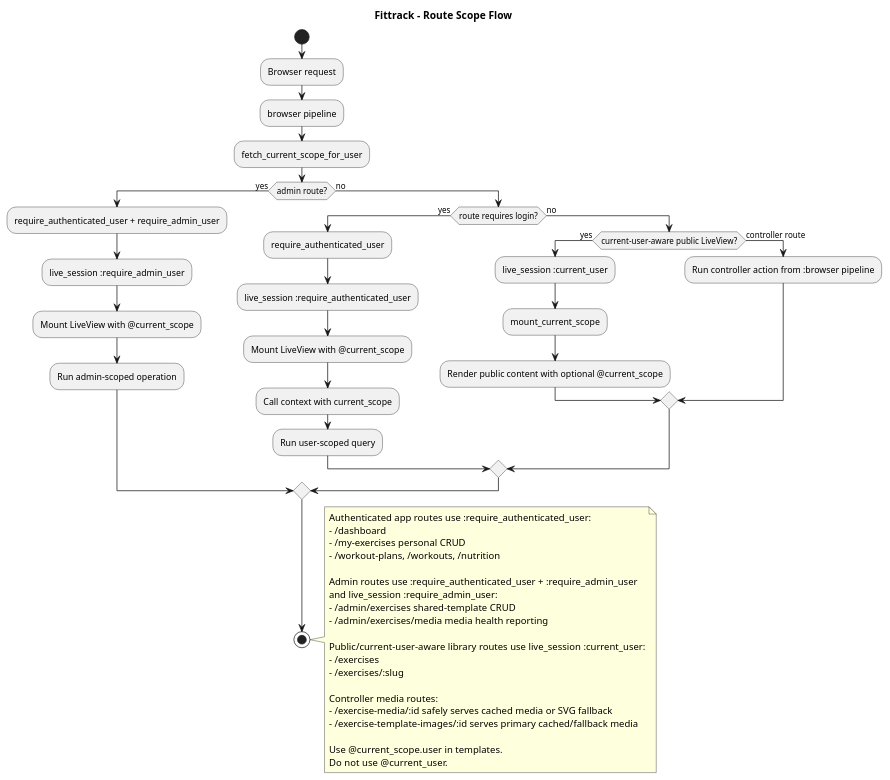
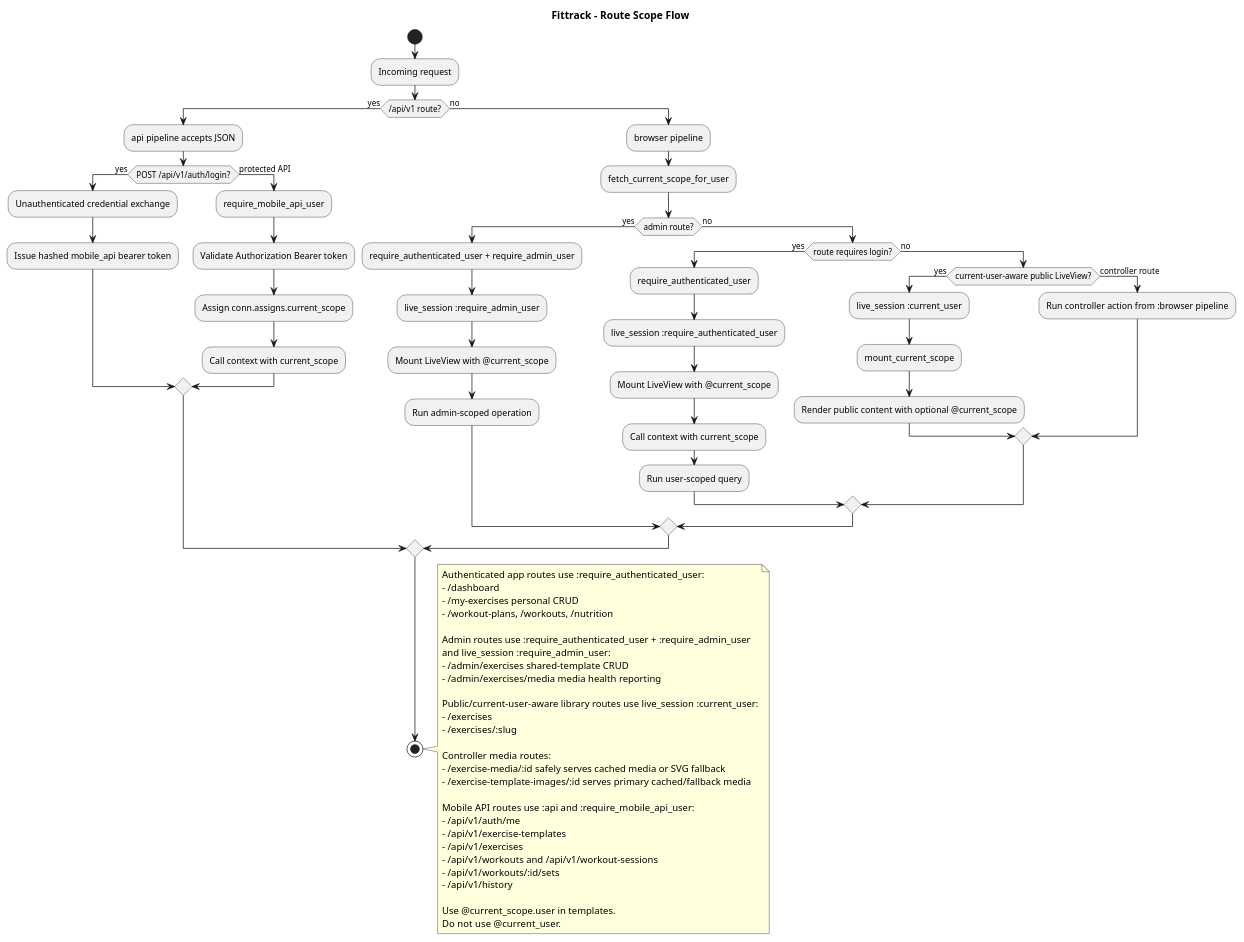
One commit to Ryner88/fittrack changed the third of 11 diagrams in docs/diagrams/ARCHITECTURE.puml. Above: the diagram before and after it, drawn with PlantUML. The commit also changed other lines of this file and 11 other files, not shown here.

Commit message:
Update mobile roadmap and architecture diagrams

```diff
--- a/docs/diagrams/ARCHITECTURE.puml
+++ b/docs/diagrams/ARCHITECTURE.puml
@@ -174,57 +218,79 @@
 @startuml Fittrack_Authenticated_Routing
 title Fittrack - Route Scope Flow
 
 skinparam shadowing false
 
 start
-:Browser request;
-:browser pipeline;
-:fetch_current_scope_for_user;
+:Incoming request;
 
-if (admin route?) then (yes)
-  :require_authenticated_user + require_admin_user;
-  :live_session :require_admin_user;
-  :Mount LiveView with @current_scope;
-  :Run admin-scoped operation;
+if (/api/v1 route?) then (yes)
+  :api pipeline accepts JSON;
+  if (POST /api/v1/auth/login?) then (yes)
+    :Unauthenticated credential exchange;
+    :Issue hashed mobile_api bearer token;
+  else (protected API)
+    :require_mobile_api_user;
+    :Validate Authorization Bearer token;
+    :Assign conn.assigns.current_scope;
+    :Call context with current_scope;
+  endif
 else (no)
-  if (route requires login?) then (yes)
-    :require_authenticated_user;
-    :live_session :require_authenticated_user;
+  :browser pipeline;
+  :fetch_current_scope_for_user;
+
+  if (admin route?) then (yes)
+    :require_authenticated_user + require_admin_user;
+    :live_session :require_admin_user;
     :Mount LiveView with @current_scope;
-    :Call context with current_scope;
-    :Run user-scoped query;
+    :Run admin-scoped operation;
   else (no)
-    if (current-user-aware public LiveView?) then (yes)
-      :live_session :current_user;
-      :mount_current_scope;
-      :Render public content with optional @current_scope;
-    else (controller route)
-      :Run controller action from :browser pipeline;
+    if (route requires login?) then (yes)
+      :require_authenticated_user;
+      :live_session :require_authenticated_user;
+      :Mount LiveView with @current_scope;
+      :Call context with current_scope;
+      :Run user-scoped query;
+    else (no)
+      if (current-user-aware public LiveView?) then (yes)
+        :live_session :current_user;
+        :mount_current_scope;
+        :Render public content with optional @current_scope;
+      else (controller route)
+        :Run controller action from :browser pipeline;
+      endif
     endif
   endif
 endif
 stop
 
 note right
 Authenticated app routes use :require_authenticated_user:
 - /dashboard
 - /my-exercises personal CRUD
 - /workout-plans, /workouts, /nutrition
 
 Admin routes use :require_authenticated_user + :require_admin_user
 and live_session :require_admin_user:
 - /admin/exercises shared-template CRUD
 - /admin/exercises/media media health reporting
 
 Public/current-user-aware library routes use live_session :current_user:
 - /exercises
 - /exercises/:slug
 
 Controller media routes:
 - /exercise-media/:id safely serves cached media or SVG fallback
 - /exercise-template-images/:id serves primary cached/fallback media
 
+Mobile API routes use :api and :require_mobile_api_user:
+- /api/v1/auth/me
+- /api/v1/exercise-templates
+- /api/v1/exercises
+- /api/v1/workouts and /api/v1/workout-sessions
+- /api/v1/workouts/:id/sets
+- /api/v1/history
+
 Use @current_scope.user in templates.
 Do not use @current_user.
 end note
 @enduml
```
